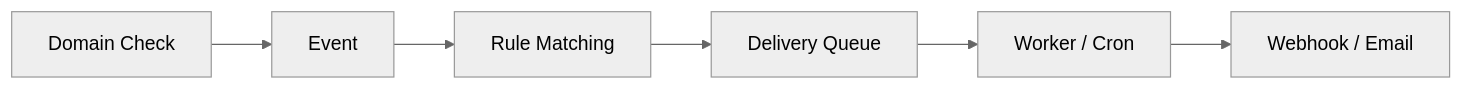
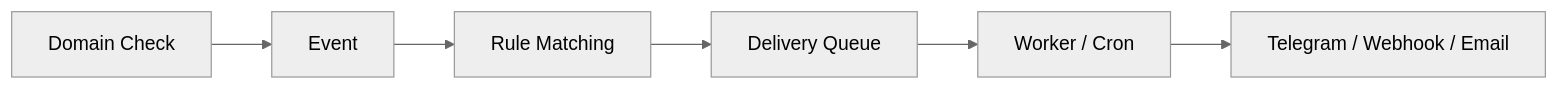
One commit to hxx0611/Domain-Monitor changed the diagram in README.md. Above: the diagram before and after it, drawn with Mermaid (neutral theme). The commit also changed other lines of this file and 56 other files, not shown here.

````diff
--- a/README.md
+++ b/README.md
@@ -97,8 +108,8 @@
 ```mermaid
 flowchart LR
     A[Domain Check] --> B[Event]
     B --> C[Rule Matching]
     C --> D[Delivery Queue]
     D --> E[Worker / Cron]
-    E --> F[Webhook / Email]
+    E --> F[Telegram / Webhook / Email]
 ```
````
